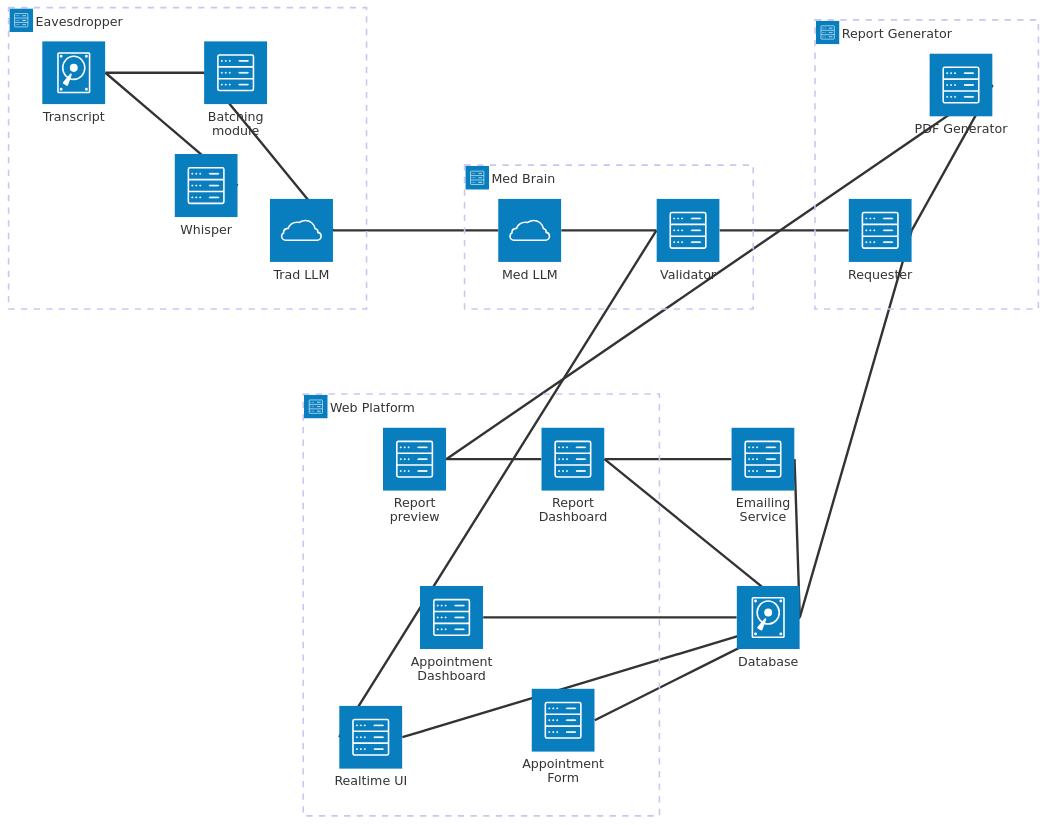
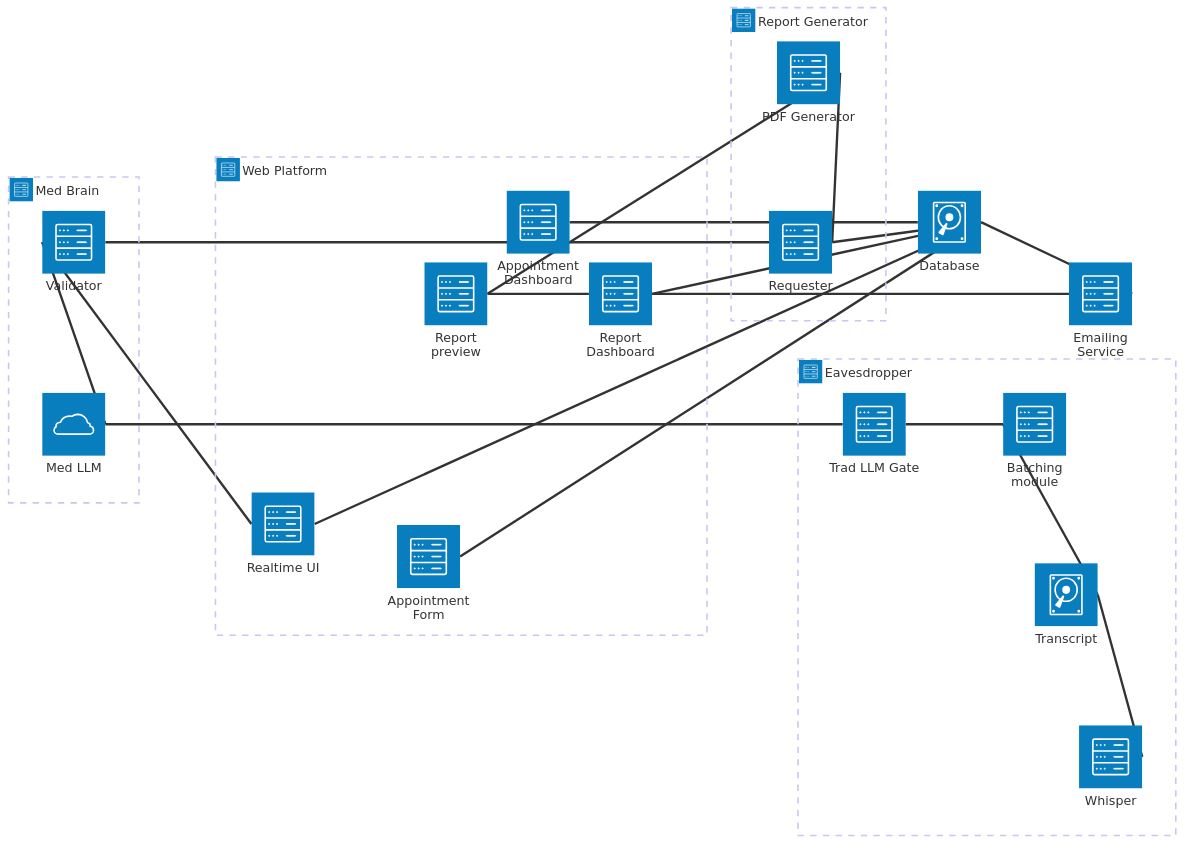
The first of 10 diagrams in docs/architecture/README.md (BarB256/CLInical-AI-Hospital-Support), drawn with Mermaid before and after one commit. The commit also changed other lines of this file and 14 other files, not shown here.

````diff
--- a/docs/architecture/README.md
+++ b/docs/architecture/README.md
@@ -24,73 +24,73 @@
 ```mermaid
 architecture-beta
 
     group web(server)[Web Platform]
         %% This is a so called access point from user side to the system
         %% it has backend (for calls with other parts of the system)
         %% and frontend with appointment generation system (dashboard and forms); conversation supporter UI; and done reports overview; 
 
         service appointment(server)[Appointment Form] in web
         service appointmentDashboard(server)[Appointment Dashboard] in web
         service realtime(server)[Realtime UI] in web
         service preview(server)[Report preview] in web
         service reportDashboard(server)[Report Dashboard] in web
 
 
     group medBrain(server)[Med Brain]
         %% Callable LLM running on Ollama
         service med(cloud)[Med LLM] in medBrain
 
         %% Validates the responses if they are in the correct format (Notes/Suggestions) 
         %% or if report parts are correct-ish
         service val(server)[Validator] in medBrain
 
 
     group ear(server)[Eavesdropper]
 
         service whisper(server)[Whisper] in ear
         service trans(disk)[Transcript] in ear
         service batcher(server)[Batching module] in ear
-        service trad(cloud)[Trad LLM] in ear
+        service trad(server)[Trad LLM Gate] in ear
 
 
     group report(server)[Report Generator]
 
         service requester(server)[Requester] in report
         service generator(server)[PDF Generator] in report
 
 
     service email(server)[Emailing Service]
 
     service database(disk)[Database] 
 
     %% Flow of the Report START
 
         email:L -- R:reportDashboard
 
         reportDashboard:L -- R:preview
         preview:R -- R:generator
         generator:R -- R:requester
         requester:L -- R:val
         med:R -- L:val
 
 
     %% Eavesdropper flow
 
-        batcher:L -- R:trad
         whisper:R -- R:trans
         batcher:L -- R:trans
-        med:L -- R:trad %% here the question gets passed
+        batcher:L -- R:trad
+        trad:L -- R:med %% here the question gets passed
         %%  med:R -- L:val is already drawn but this would be the flow
         val:L -- L:realtime
 
 
     %% Appointment Flow
 
         database:R -- R:appointment
         database:R -- R:requester
         database:L -- R:appointmentDashboard
         database:R -- R:reportDashboard
         database:R -- R:realtime
         database:R -- R:email
 
 ```
````
